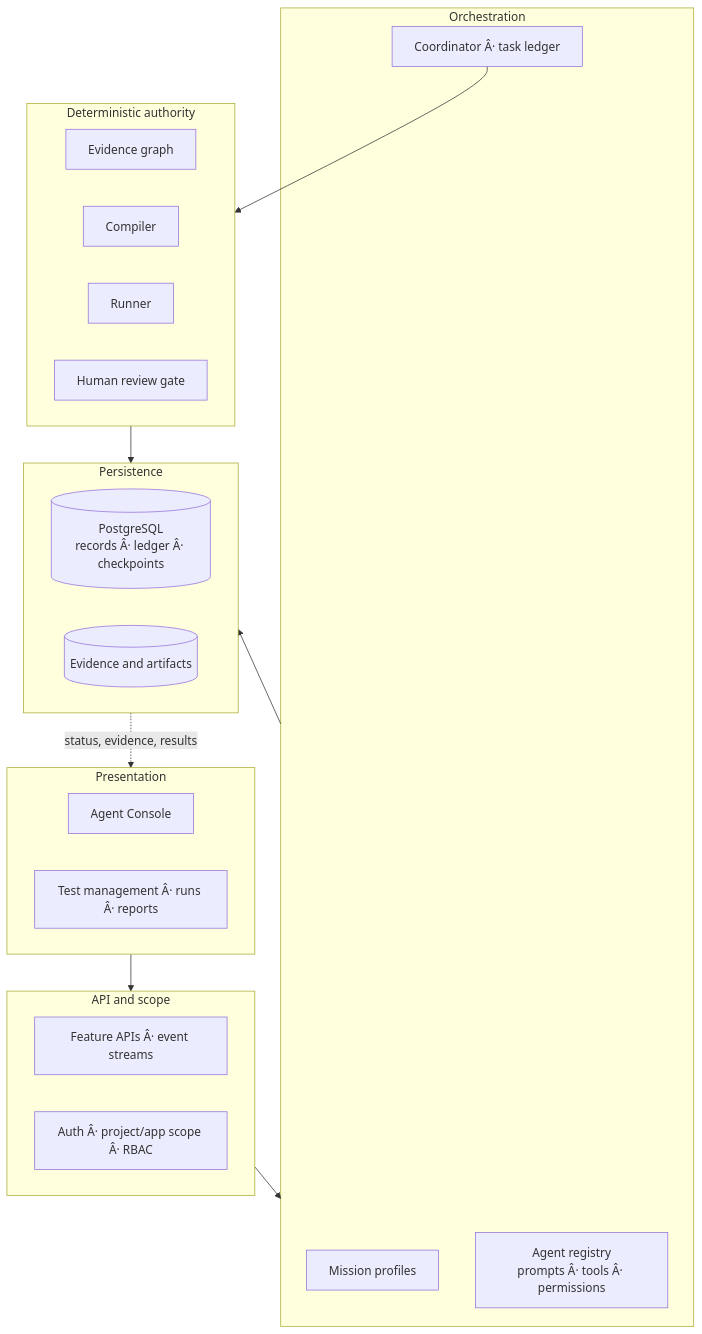
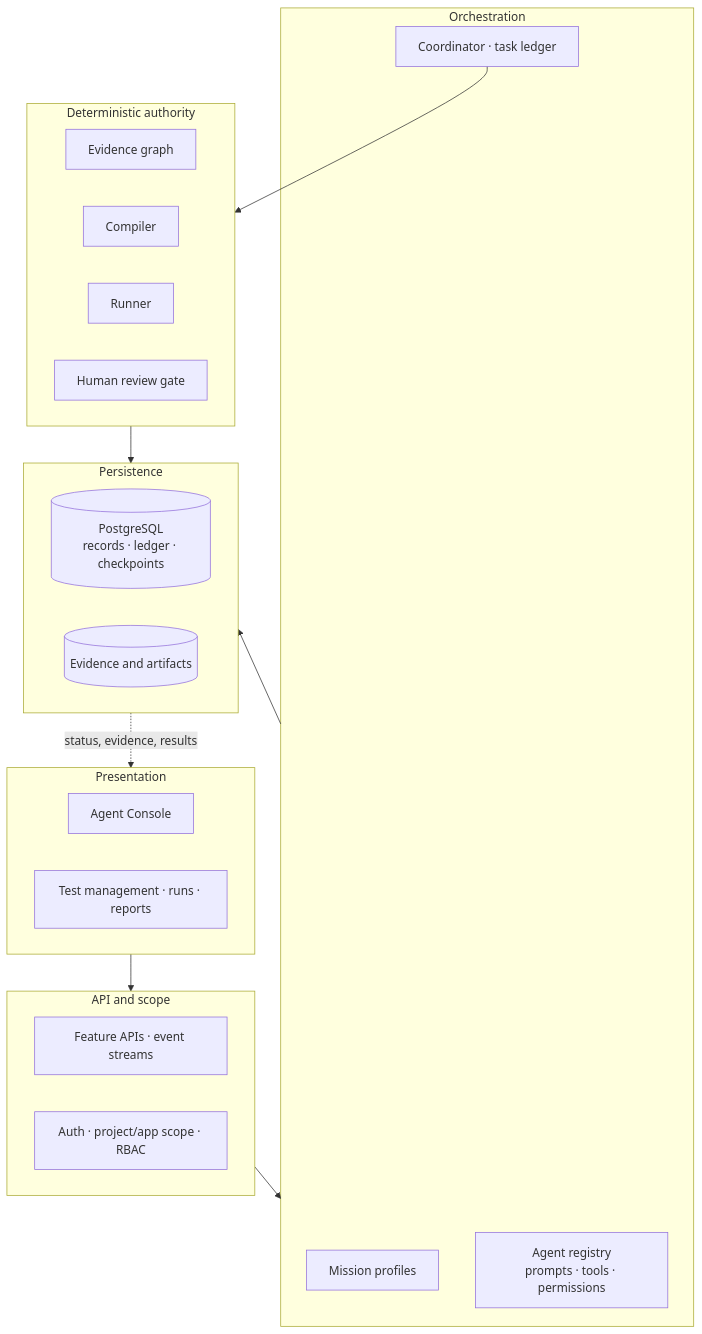
The third of 6 diagrams in docs/application-guide.md (srinivasravula18/core-platform-automation), drawn with Mermaid before and after one commit. The commit also changed other lines of this file, not shown here.

````diff
--- a/docs/application-guide.md
+++ b/docs/application-guide.md
@@ -272,36 +272,36 @@
 ```mermaid
 flowchart TB
     subgraph UI["Presentation"]
         Console["Agent Console"]
-        Pages["Test management Â· runs Â· reports"]
+        Pages["Test management · runs · reports"]
     end
 
     subgraph Edge["API and scope"]
-        Routes["Feature APIs Â· event streams"]
-        Guard["Auth Â· project/app scope Â· RBAC"]
+        Routes["Feature APIs · event streams"]
+        Guard["Auth · project/app scope · RBAC"]
     end
 
     subgraph Brain["Orchestration"]
         Profiles["Mission profiles"]
-        Coordinator["Coordinator Â· task ledger"]
-        Roster["Agent registry<br/>prompts Â· tools Â· permissions"]
+        Coordinator["Coordinator · task ledger"]
+        Roster["Agent registry<br/>prompts · tools · permissions"]
     end
 
     subgraph Truth["Deterministic authority"]
         Evidence["Evidence graph"]
         Compiler["Compiler"]
         Runner["Runner"]
         Review["Human review gate"]
     end
 
     subgraph Store["Persistence"]
-        PG[("PostgreSQL<br/>records Â· ledger Â· checkpoints")]
+        PG[("PostgreSQL<br/>records · ledger · checkpoints")]
         Artifacts[("Evidence and artifacts")]
     end
 
     UI --> Edge --> Brain
     Coordinator --> Truth
     Brain --> Store
     Truth --> Store
     Store -. "status, evidence, results" .-> UI
 ```
````
